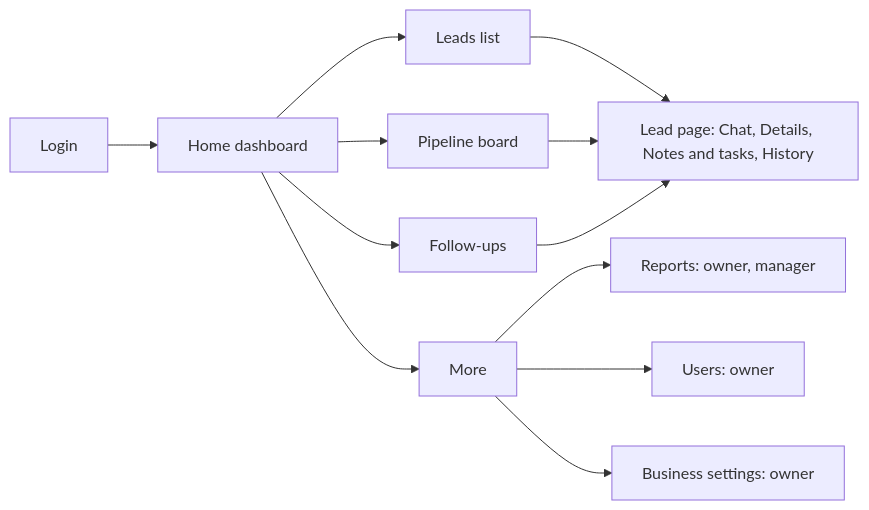
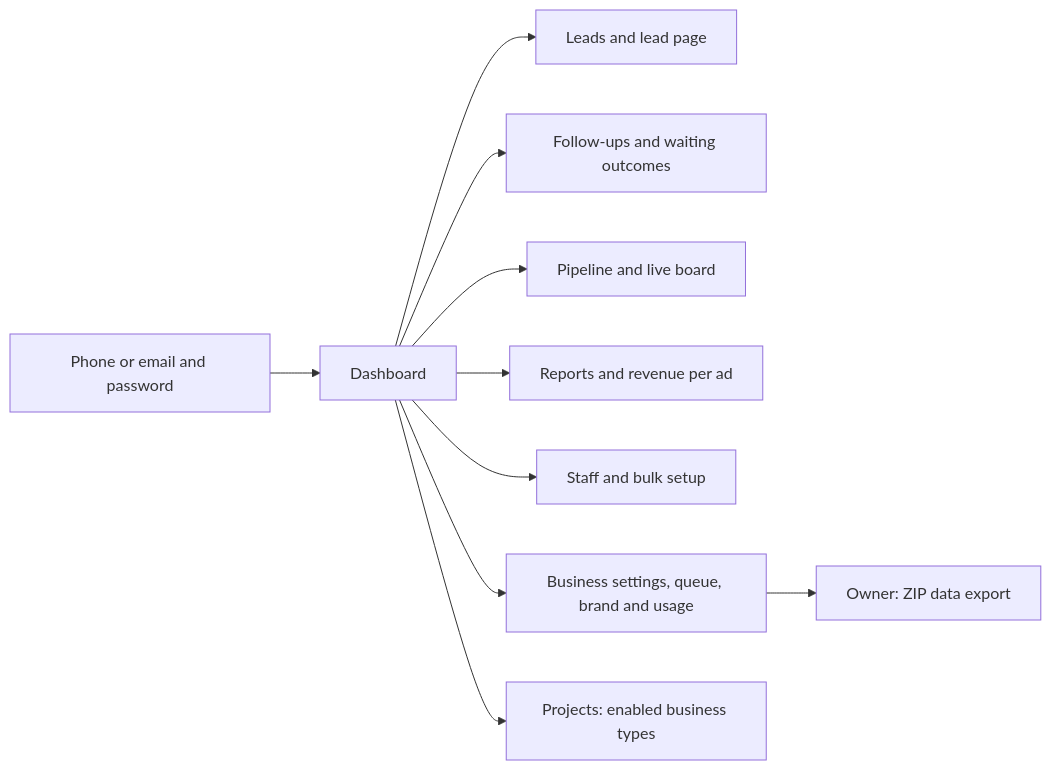
One commit to kaamilstudiesig/GKF-WA changed the eighth of 15 diagrams in docs/SYSTEM_MAP.md. Above: the diagram before and after it, drawn with Mermaid. The commit also changed other lines of this file, not shown here.

````diff
--- a/docs/SYSTEM_MAP.md
+++ b/docs/SYSTEM_MAP.md
@@ -180,14 +264,12 @@
 ```mermaid
 flowchart LR
-  LOGIN["Login"] --> DASH["Home dashboard"]
-  DASH --> LEADS["Leads list"]
-  DASH --> FU["Follow-ups"]
-  DASH --> PIPE["Pipeline board"]
-  DASH --> MORE["More"]
-  LEADS --> LEAD["Lead page: Chat, Details, Notes and tasks, History"]
-  PIPE --> LEAD
-  FU --> LEAD
-  MORE --> REP["Reports: owner, manager"]
-  MORE --> USR["Users: owner"]
-  MORE --> SET["Business settings: owner"]
+  LOGIN["Phone or email and password"] --> HOME["Dashboard"]
+  HOME --> LEADS["Leads and lead page"]
+  HOME --> FOLLOW["Follow-ups and waiting outcomes"]
+  HOME --> PIPE["Pipeline and live board"]
+  HOME --> REP["Reports and revenue per ad"]
+  HOME --> USERS["Staff and bulk setup"]
+  HOME --> SETTINGS["Business settings, queue, brand and usage"]
+  HOME --> PROJECTS["Projects: enabled business types"]
+  SETTINGS --> EXPORT["Owner: ZIP data export"]
 ```
````
